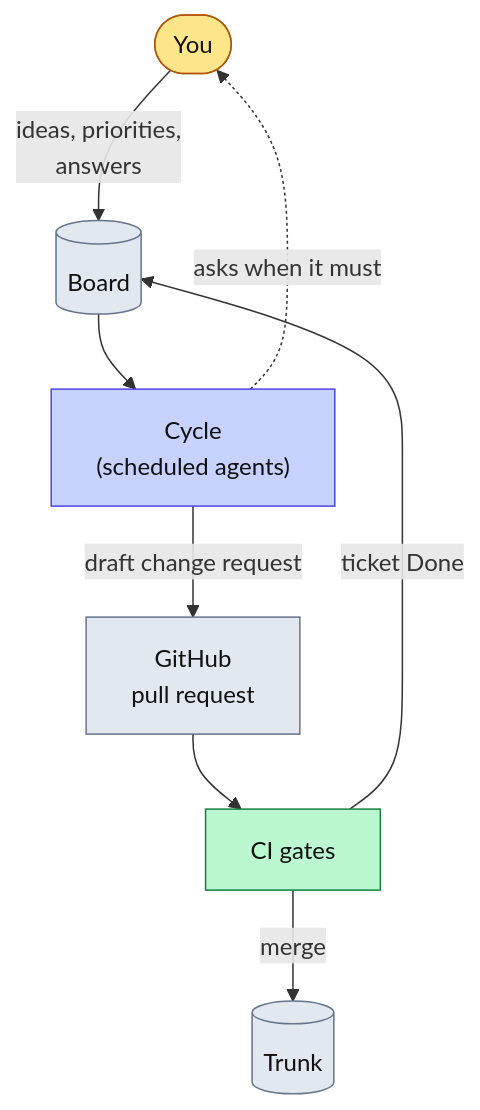
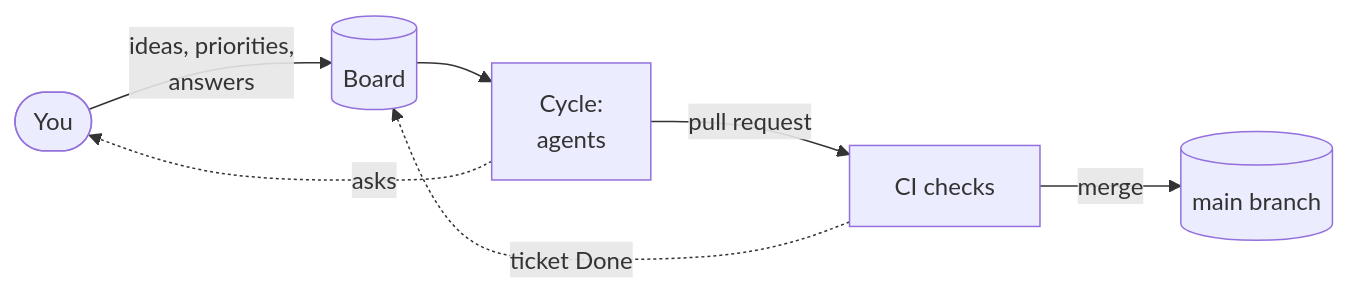
One commit to dmitriywind/agentic-sdlc changed the diagram in docs/guide/1-what-it-is.md. Above: the diagram before and after it, drawn with Mermaid. The commit also changed other lines of this file and 33 other files, not shown here.

````diff
--- a/docs/guide/1-what-it-is.md
+++ b/docs/guide/1-what-it-is.md
@@ -8,14 +10,9 @@
 ```mermaid
-flowchart TD
+flowchart LR
   you(["You"]):::you -->|"ideas, priorities,<br/>answers"| board[("Board")]:::board
-  board --> cycle["Cycle<br/>(scheduled agents)"]:::agent
-  cycle -->|"draft change request"| forge["GitHub<br/>pull request"]:::board
-  forge --> gates["CI gates"]:::ci
-  gates -->|"merge"| trunk[("Trunk")]:::board
-  gates -->|"ticket Done"| board
-  cycle -.->|"asks when it must"| you
-  classDef you fill:#fde68a,stroke:#b45309,color:#111
-  classDef agent fill:#c7d2fe,stroke:#4f46e5,color:#111
-  classDef ci fill:#bbf7d0,stroke:#15803d,color:#111
-  classDef board fill:#e2e8f0,stroke:#64748b,color:#111
+  board --> cycle["Cycle:<br/>agents"]:::agent
+  cycle -->|"pull request"| gates["CI checks"]:::ci
+  gates -->|"merge"| main[("main branch")]:::board
+  gates -.->|"ticket Done"| board
+  cycle -.->|"asks"| you
 ```
````
